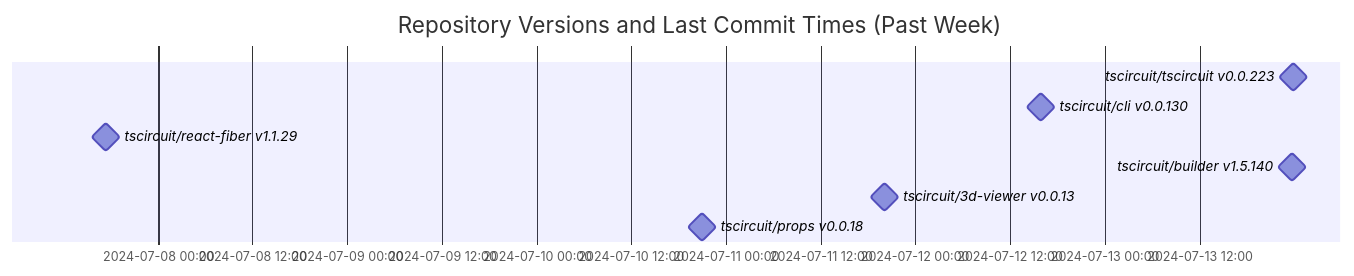
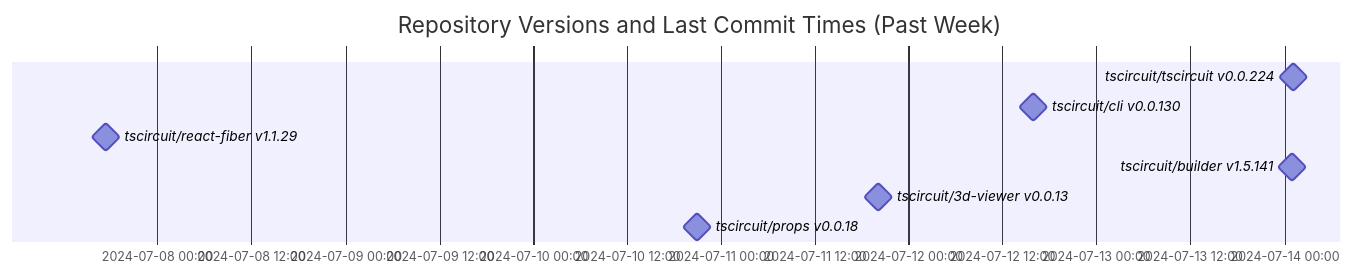
One commit to tscircuit/version-tracker changed the diagram in README.md. Above: the diagram before and after it, drawn with Mermaid.

Commit message:
Update chart

````diff
--- a/README.md
+++ b/README.md
@@ -1,13 +1,13 @@
 ```mermaid
 gantt
   dateFormat  YYYY-MM-DD HH:mm:ss
   title Repository Versions and Last Commit Times (Past Week)
   axisFormat %Y-%m-%d %H:%M
 
-  tscircuit/tscircuit v0.0.223 : milestone, 2024-07-13 23:57:45, 1s
+  tscircuit/tscircuit v0.0.224 : milestone, 2024-07-14 01:11:10, 1s
   tscircuit/cli v0.0.130 : milestone, 2024-07-12 15:54:19, 1s
   tscircuit/react-fiber v1.1.29 : milestone, 2024-07-07 17:23:26, 1s
-  tscircuit/builder v1.5.140 : milestone, 2024-07-13 23:49:08, 1s
+  tscircuit/builder v1.5.141 : milestone, 2024-07-14 00:57:31, 1s
   tscircuit/3d-viewer v0.0.13 : milestone, 2024-07-11 20:12:35, 1s
   tscircuit/props v0.0.18 : milestone, 2024-07-10 20:59:29, 1s
 ```
````
